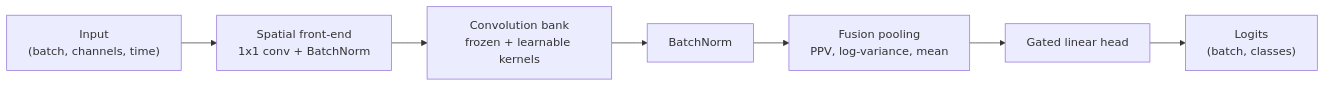
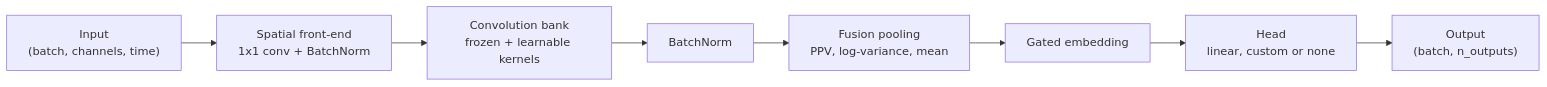
One commit to Joekrry/GRFNet changed the diagram in README.md. Above: the diagram before and after it, drawn with Mermaid. The commit also changed other lines of this file and 3 other files, not shown here.

Commit message:
Added forward_features, n_outputs with n_classes as an alias, headless and custom heads, a statistics registry with logvar, max, std and custom functions, a configurable logvar_eps, and bank_seed for reproducible frozen kernels.

````diff
--- a/README.md
+++ b/README.md
@@ -22,9 +25,10 @@
 ```mermaid
 flowchart LR
     A["Input<br/>(batch, channels, time)"] --> B["Spatial front-end<br/>1x1 conv + BatchNorm"]
     B --> C["Convolution bank<br/>frozen + learnable kernels"]
     C --> D["BatchNorm"]
     D --> E["Fusion pooling<br/>PPV, log-variance, mean"]
-    E --> F["Gated linear head"]
-    F --> G["Logits<br/>(batch, classes)"]
+    E --> F["Gated embedding"]
+    F --> G["Head<br/>linear, custom or none"]
+    G --> H["Output<br/>(batch, n_outputs)"]
 ```
````
